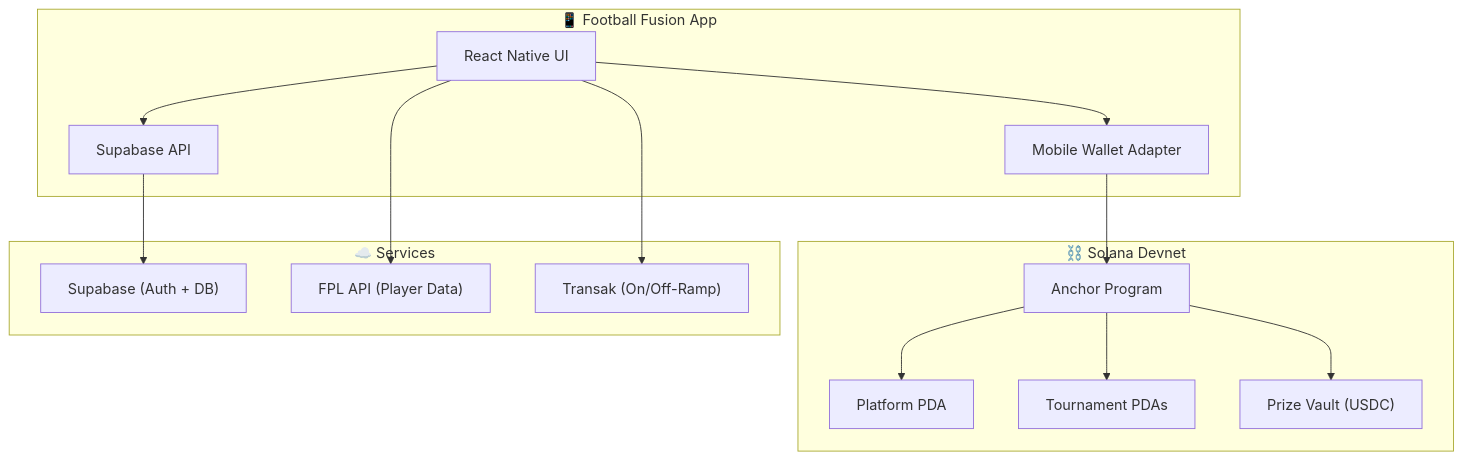
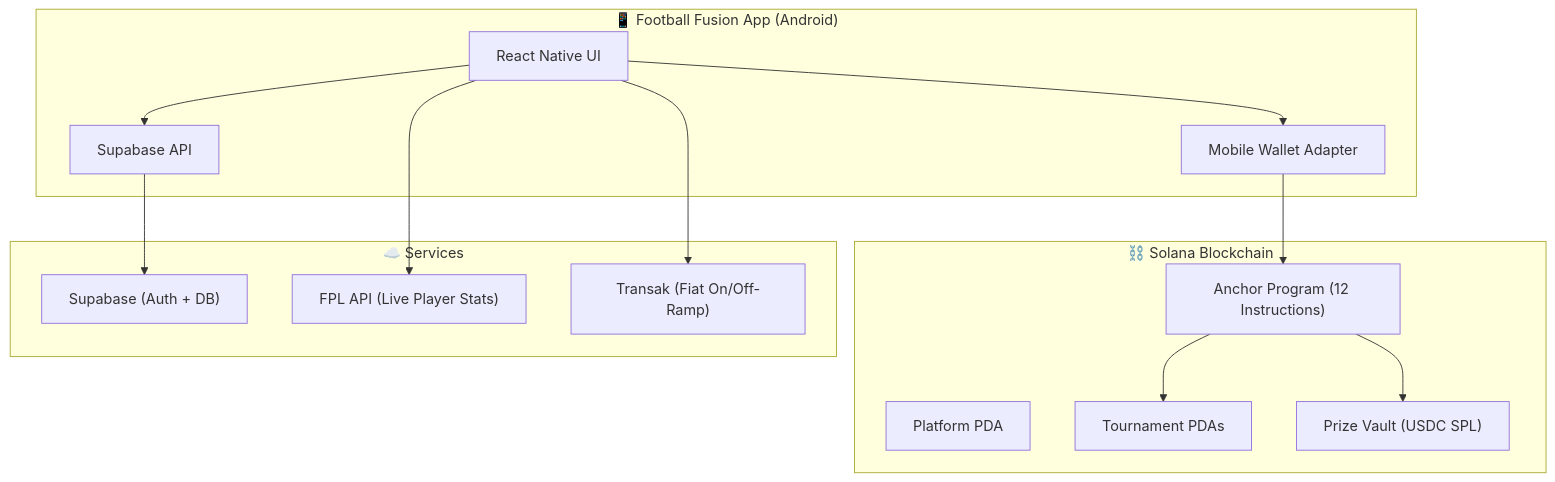
The second of 2 diagrams in PITCH_DECK.md (foniolabs/football-fusion-mobile), drawn with Mermaid before and after one commit. The commit also changed other lines of this file, not shown here.

````diff
--- a/PITCH_DECK.md
+++ b/PITCH_DECK.md
@@ -48,31 +93,29 @@
 ```mermaid
 graph TB
-    subgraph Mobile["📱 Football Fusion App"]
+    subgraph Mobile["📱 Football Fusion App (Android)"]
         UI["React Native UI"]
         MWA["Mobile Wallet Adapter"]
         API["Supabase API"]
     end
 
-    subgraph Solana["⛓️ Solana Devnet"]
-        Program["Anchor Program"]
+    subgraph Solana["⛓️ Solana Blockchain"]
+        Program["Anchor Program (12 Instructions)"]
         Platform["Platform PDA"]
         Tournaments["Tournament PDAs"]
-        PrizeVaults["Prize Vault (USDC)"]
+        PrizeVaults["Prize Vault (USDC SPL)"]
     end
 
     subgraph Services["☁️ Services"]
         Supabase["Supabase (Auth + DB)"]
-        FPL["FPL API (Player Data)"]
-        Transak["Transak (On/Off-Ramp)"]
+        FPL["FPL API (Live Player Stats)"]
+        Transak["Transak (Fiat On/Off-Ramp)"]
     end
 
     UI --> MWA
     MWA --> Program
-    Program --> Platform
     Program --> Tournaments
     Program --> PrizeVaults
-    UI --> API
-    API --> Supabase
+    UI --> API --> Supabase
     UI --> FPL
     UI --> Transak
 ```
````
